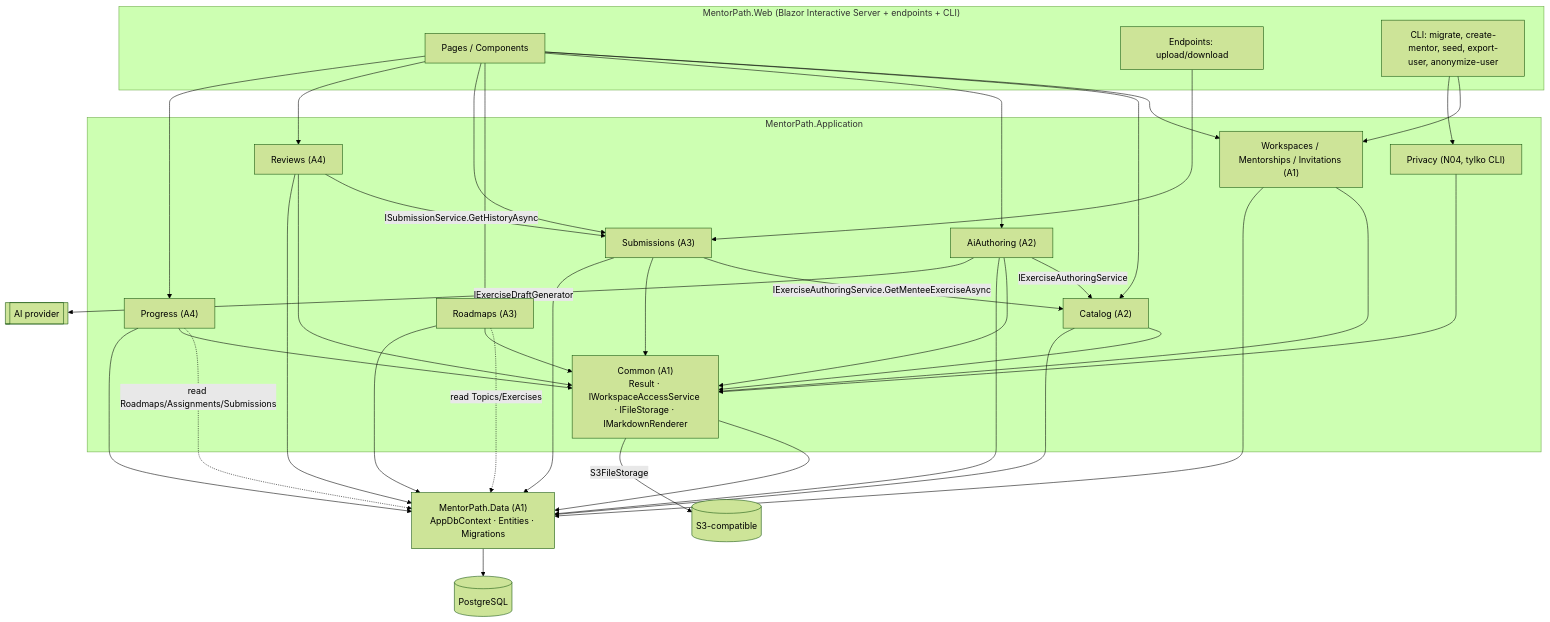
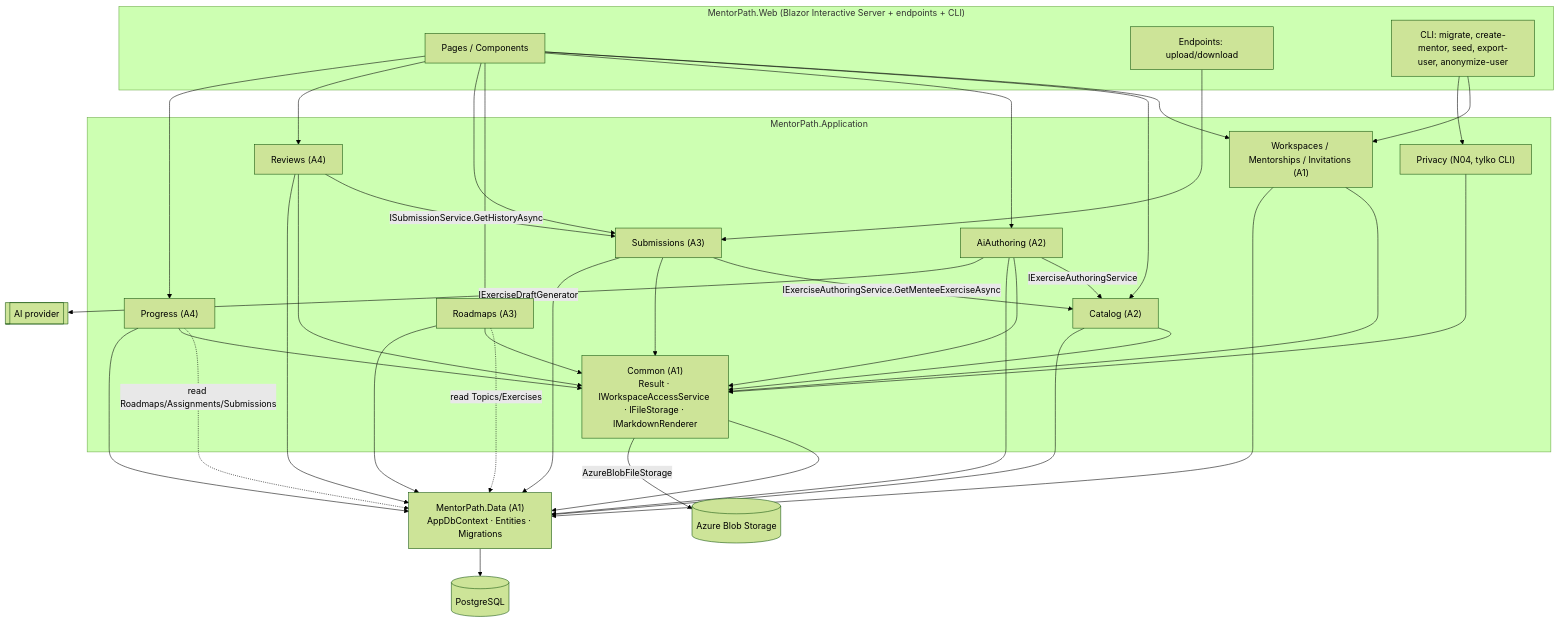
One commit to szkoladotneta/MentorPath changed the diagram in docs/ARCHITECTURE.md. Above: the diagram before and after it, drawn with Mermaid (forest theme). The commit also changed other lines of this file and 26 other files, not shown here.

First line of the commit message:
Replace S3 with Azure Blob Storage and document Azure deployment

````diff
--- a/docs/ARCHITECTURE.md
+++ b/docs/ARCHITECTURE.md
@@ -105,38 +105,38 @@
 ```mermaid
 flowchart TB
   subgraph Web["MentorPath.Web (Blazor Interactive Server + endpoints + CLI)"]
     UI[Pages / Components]
     EP[Endpoints: upload/download]
     CLI[CLI: migrate, create-mentor, seed, export-user, anonymize-user]
   end
   subgraph App["MentorPath.Application"]
     COMMON["Common (A1)<br/>Result · IWorkspaceAccessService · IFileStorage · IMarkdownRenderer"]
     WS["Workspaces / Mentorships / Invitations (A1)"]
     CAT["Catalog (A2)"]
     AI["AiAuthoring (A2)"]
     RDM["Roadmaps (A3)"]
     SUB["Submissions (A3)"]
     REV["Reviews (A4)"]
     PRG["Progress (A4)"]
     PRV["Privacy (N04, tylko CLI)"]
   end
   DATA["MentorPath.Data (A1)<br/>AppDbContext · Entities · Migrations"]
   PG[(PostgreSQL)]
-  S3[(S3-compatible)]
+  BLOB[(Azure Blob Storage)]
   LLM[[AI provider]]
 
   UI --> WS & CAT & AI & RDM & SUB & REV & PRG
   EP --> SUB
   CLI --> WS & PRV
   AI -->|"IExerciseAuthoringService"| CAT
   RDM -.->|read Topics/Exercises| DATA
   SUB -->|"IExerciseAuthoringService.GetMenteeExerciseAsync"| CAT
   REV -->|"ISubmissionService.GetHistoryAsync"| SUB
   PRG -.->|read Roadmaps/Assignments/Submissions| DATA
   WS & CAT & AI & RDM & SUB & REV & PRG & PRV --> COMMON
   COMMON --> DATA
   WS & CAT & AI & RDM & SUB & REV & PRG --> DATA
   DATA --> PG
-  COMMON -->|S3FileStorage| S3
+  COMMON -->|AzureBlobFileStorage| BLOB
   AI -->|IExerciseDraftGenerator| LLM
 ```
````
